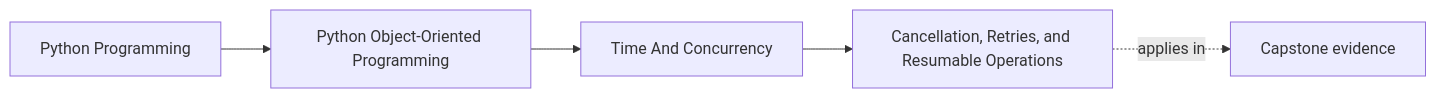
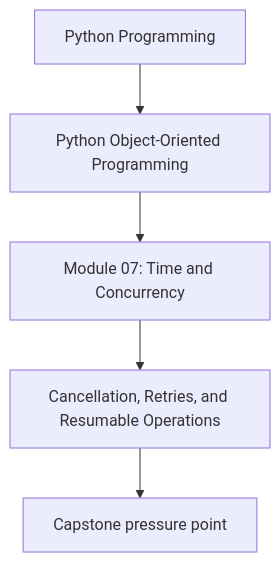
One commit to bijux/bijux-masterclass changed the first of 2 diagrams in programs/python-programming/python-object-oriented-programming/course-book/module-07-time-and-concurrency/cancellation-retries-and-resumable-operations.md. Above: the diagram before and after it, drawn with Mermaid. The commit also changed other lines of this file and 107 other files, not shown here.

Commit message:
docs(python-object-oriented-programming): align concept page diagrams

````diff
--- a/programs/python-programming/python-object-oriented-programming/course-book/module-07-time-and-concurrency/cancellation-retries-and-resumable-operations.md
+++ b/programs/python-programming/python-object-oriented-programming/course-book/module-07-time-and-concurrency/cancellation-retries-and-resumable-operations.md
@@ -7,11 +7,7 @@
 ```mermaid
-graph LR
-  family["Python Programming"]
-  program["Python Object-Oriented Programming"]
-  section["Time And Concurrency"]
-  page["Cancellation, Retries, and Resumable Operations"]
-  capstone["Capstone evidence"]
-
-  family --> program --> section --> page
-  page -.applies in.-> capstone
+flowchart TD
+  family["Python Programming"] --> program["Python Object-Oriented Programming"]
+  program --> module["Module 07: Time and Concurrency"]
+  module --> concept["Cancellation, Retries, and Resumable Operations"]
+  concept --> capstone["Capstone pressure point"]
 ```
````
